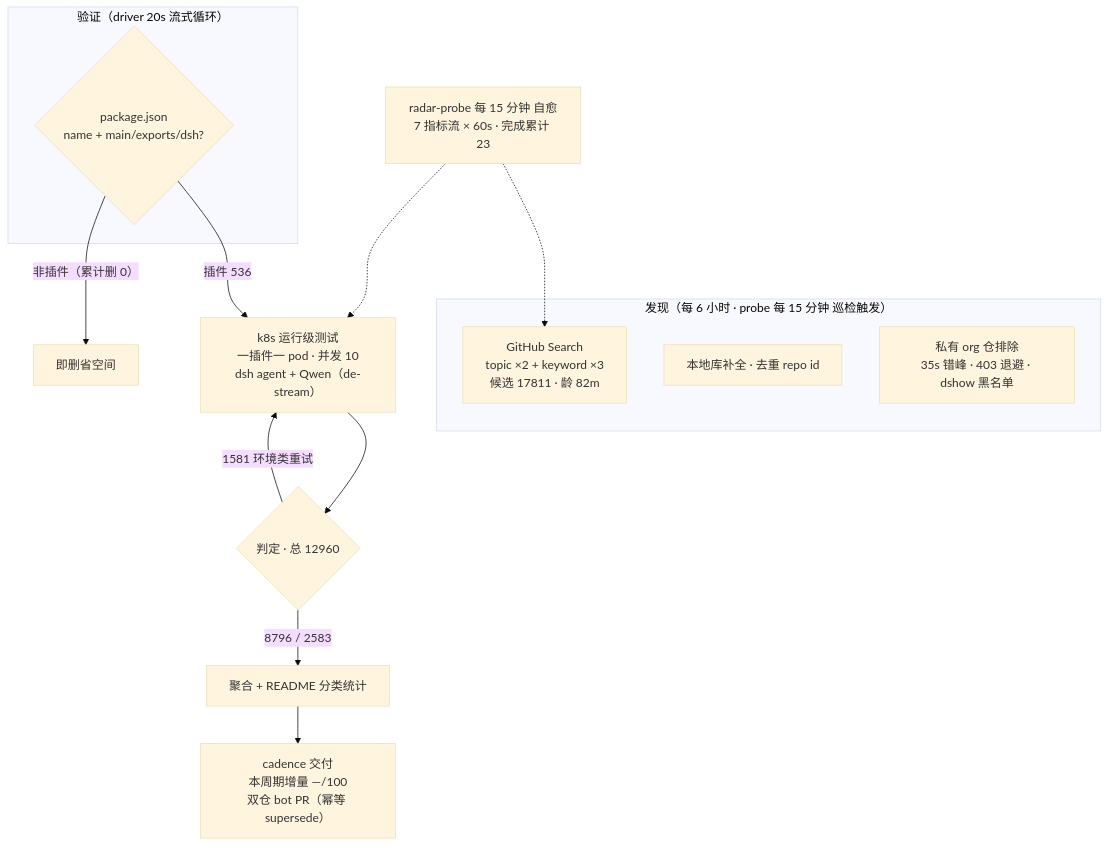
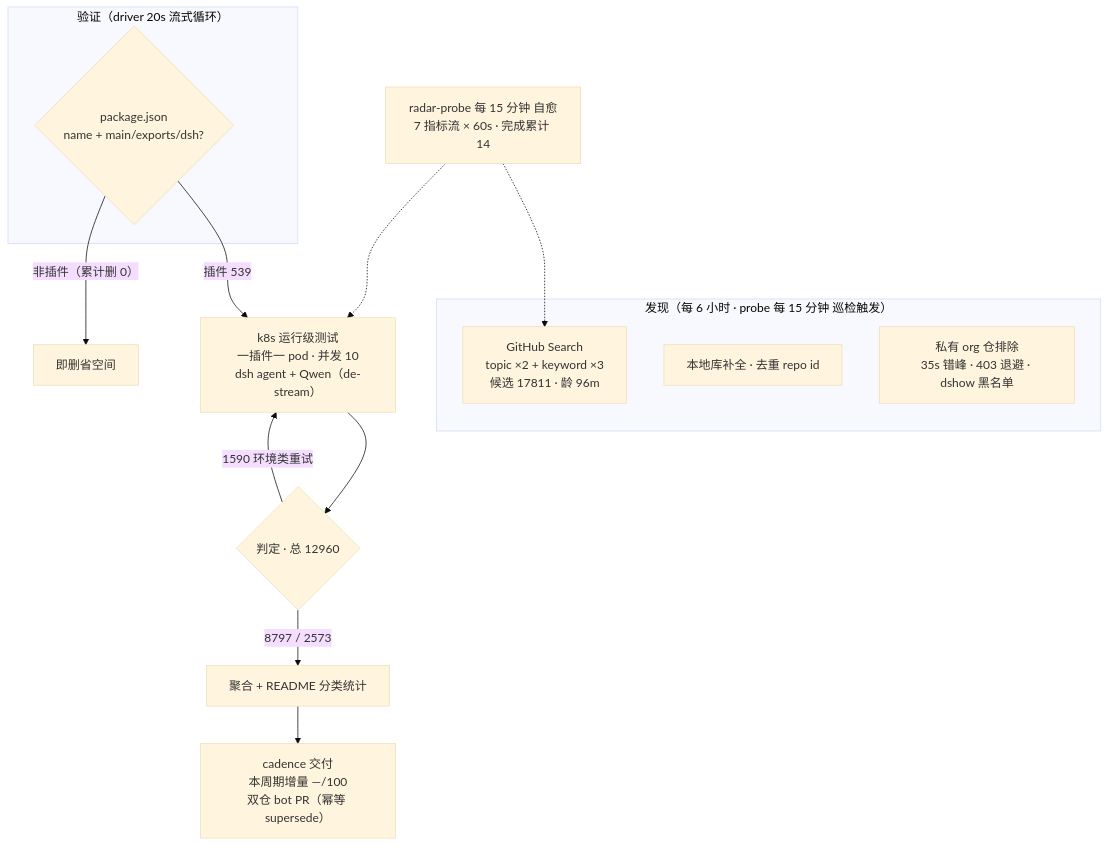
Before and after one commit to AdamPlatin123/awesome-dsh-plugins: the diagram in README.md, drawn with Mermaid (base theme). The commit also changed other lines of this file and 5 other files, not shown here.

````diff
--- a/README.md
+++ b/README.md
@@ -52,20 +52,20 @@
 ```mermaid
 flowchart TB
     subgraph Discovery["发现（每 6 小时 · probe 每 15 分钟 巡检触发）"]
-        A1["GitHub Search<br/>topic ×2 + keyword ×3<br/>候选 17811 · 龄 82m"]
+        A1["GitHub Search<br/>topic ×2 + keyword ×3<br/>候选 17811 · 龄 96m"]
         A2["本地库补全 · 去重 repo id"]
         A3["私有 org 仓排除<br/>35s 错峰 · 403 退避 · dshow 黑名单"]
     end
     subgraph Validation["验证（driver 20s 流式循环）"]
         B1{"package.json<br/>name + main/exports/dsh?"}
     end
-    B1 -->|"插件 536"| C1["k8s 运行级测试<br/>一插件一 pod · 并发 10<br/>dsh agent + Qwen（de-stream）"]
+    B1 -->|"插件 539"| C1["k8s 运行级测试<br/>一插件一 pod · 并发 10<br/>dsh agent + Qwen（de-stream）"]
     B1 -->|"非插件（累计删 0）"| B3["即删省空间"]
     C1 --> D1{"判定 · 总 12960"}
-    D1 -->|"8796 / 2583"| E1["聚合 + README 分类统计"]
-    D1 -->|"1581 环境类重试"| C1
+    D1 -->|"8797 / 2573"| E1["聚合 + README 分类统计"]
+    D1 -->|"1590 环境类重试"| C1
     E1 --> E2["cadence 交付<br/>本周期增量 —/100<br/>双仓 bot PR（幂等 supersede）"]
-    M["radar-probe 每 15 分钟 自愈<br/>7 指标流 × 60s · 完成累计 23"]
+    M["radar-probe 每 15 分钟 自愈<br/>7 指标流 × 60s · 完成累计 14"]
     M -.-> A1
     M -.-> C1
 ```
````
